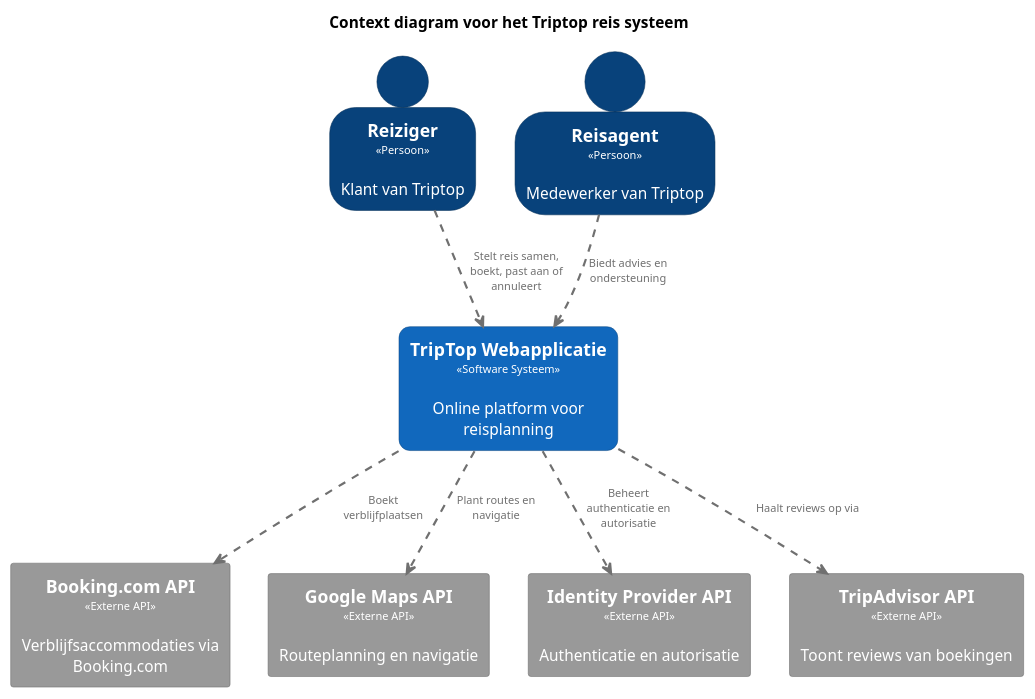
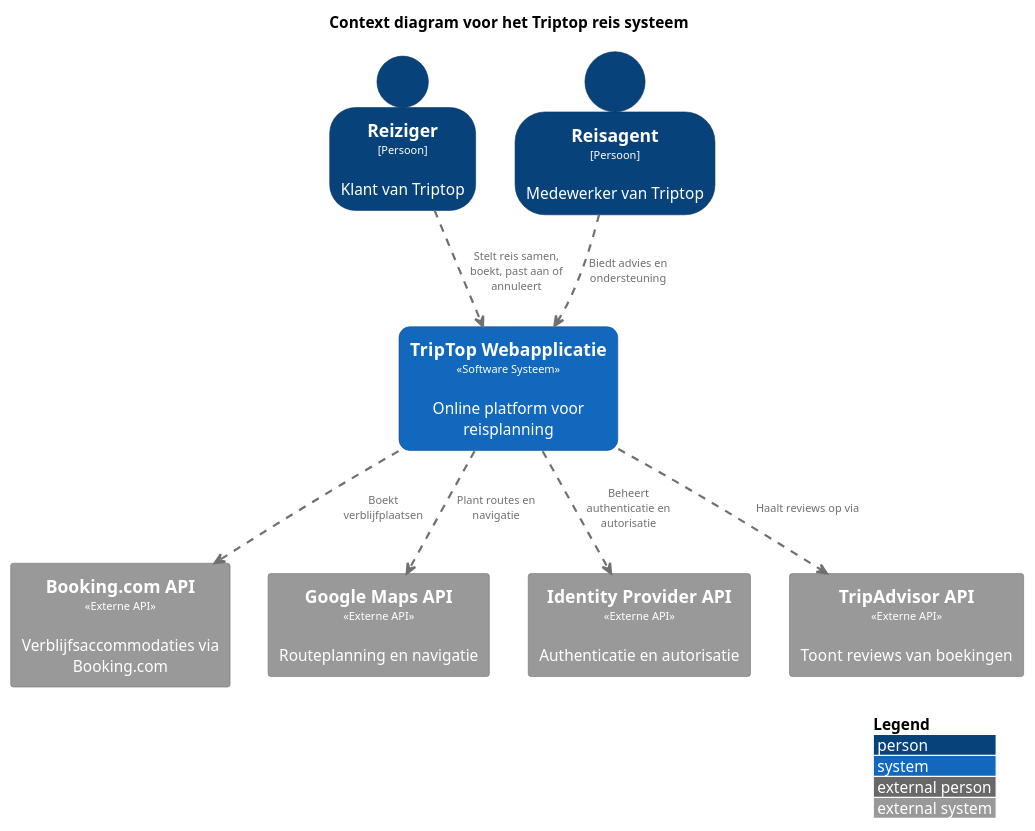
Before and after one commit to AIM-ENE-feb25/triptop-groep-b3: the diagram in software-guidebook/groep-context-diagram.puml, drawn with PlantUML. The commit also changed 4 other files, not shown here.

Commit message:
added google maps to container diagram explanation, added legend to context diagram, changed text in frontend component diagram to match overall message better

```diff
--- a/software-guidebook/groep-context-diagram.puml
+++ b/software-guidebook/groep-context-diagram.puml
@@ -1,71 +1,74 @@
 @startuml
+!include <C4/C4_Context>
 
+LAYOUT_WITH_LEGEND()
 title Context diagram voor het Triptop reis systeem
+
 
 top to bottom direction
 
 skinparam {
   arrowFontSize 10
   defaultTextAlignment center
   wrapWidth 200
   maxMessageSize 100
 }
 
 hide stereotype
 
 ' Kleurinstellingen voor externe APIs
 skinparam rectangle<<ExterneAPI>> {
   BackgroundColor #999999
   FontColor #ffffff
   BorderColor #6b6b6b
   shadowing false
 }
 
 ' Kleurinstelling voor de Triptop Webapplicatie
 skinparam rectangle<<TripTopWebapplicatie>> {
   BackgroundColor #1168bd
   FontColor #ffffff
   BorderColor #0b4884
   roundCorner 20
   shadowing false
 }
 
 ' Kleurinstelling voor actoren
 skinparam person<<Reisagent>> {
   BackgroundColor #08427b
   FontColor #ffffff
   BorderColor #052e56
   shadowing false
 }
 
 skinparam person<<Reiziger>> {
   BackgroundColor #08427b
   FontColor #ffffff
   BorderColor #052e56
   shadowing false
 }
 
 ' Actoren
-person "==Reiziger\n<size:10><<Persoon>></size>\n\nKlant van Triptop" <<Reiziger>> as Reiziger
-person "==Reisagent\n<size:10><<Persoon>></size>\n\nMedewerker van Triptop" <<Reisagent>> as Reisagent
+person "==Reiziger\n<size:10>[Persoon]</size>\n\nKlant van Triptop" <<Reiziger>> as Reiziger
+person "==Reisagent\n<size:10>[Persoon]</size>\n\nMedewerker van Triptop" <<Reisagent>> as Reisagent
 
 ' Hoofd systeem
 rectangle "==TripTop Webapplicatie\n<size:10><<Software Systeem>></size>\n\nOnline platform voor reisplanning" <<TripTopWebapplicatie>> as TripTopWebapplicatie
 
 ' Externe APIs
 rectangle "==Booking.com API\n<size:10><<Externe API>></size>\n\nVerblijfsaccommodaties via Booking.com" <<ExterneAPI>> as BookingAPI
 rectangle "==Google Maps API\n<size:10><<Externe API>></size>\n\nRouteplanning en navigatie" <<ExterneAPI>> as GoogleMapsAPI
 rectangle "==Identity Provider API\n<size:10><<Externe API>></size>\n\nAuthenticatie en autorisatie" <<ExterneAPI>> as IdentityProviderAPI
 rectangle "==TripAdvisor API\n<size:10><<Externe API>></size>\n\nToont reviews van boekingen" <<ExterneAPI>> as TripAdvisor
 
 ' Interacties met het systeem
 Reiziger .[#707070,thickness=2].> TripTopWebapplicatie : "<color:#707070>Stelt reis samen, boekt, past aan of annuleert"
 Reisagent .[#707070,thickness=2].> TripTopWebapplicatie : "<color:#707070>Biedt advies en ondersteuning"
 
 ' Interacties met externe systemen
 TripTopWebapplicatie .[#707070,thickness=2].> BookingAPI : "<color:#707070>Boekt verblijfplaatsen"
 TripTopWebapplicatie .[#707070,thickness=2].> GoogleMapsAPI : "<color:#707070>Plant routes en navigatie"
 TripTopWebapplicatie .[#707070,thickness=2].> IdentityProviderAPI : "<color:#707070>Beheert authenticatie en autorisatie"
 TripTopWebapplicatie .[#707070,thickness=2].> TripAdvisor : "<color:#707070>Haalt reviews op via"
 
 @enduml
```
